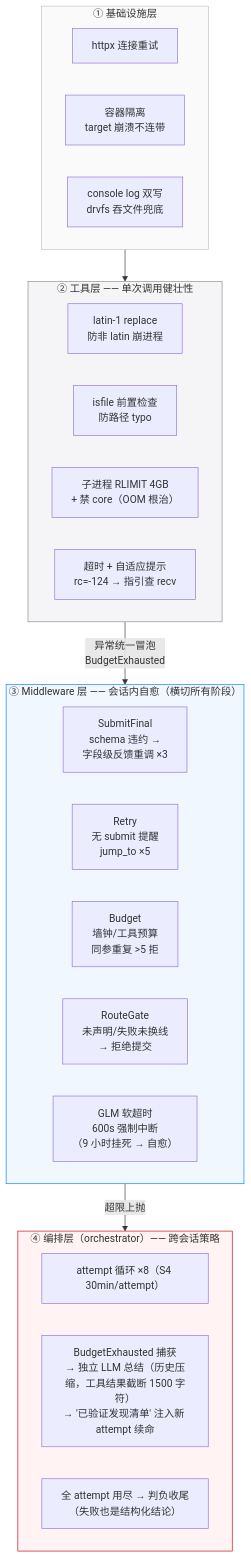
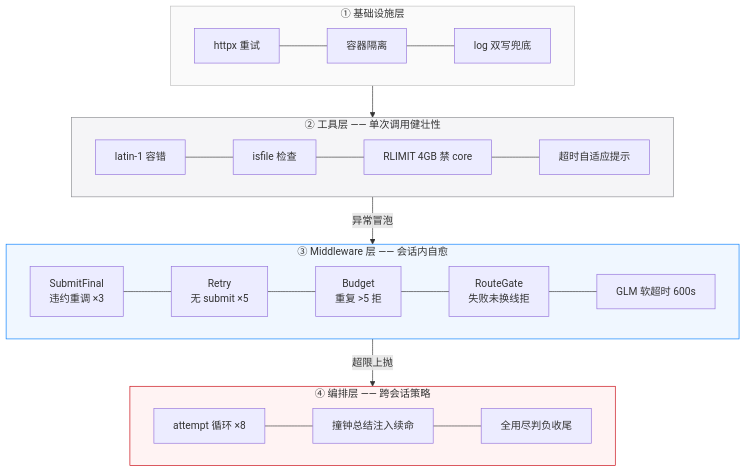
Before and after one commit to wodn2011/leanagent: the second of 2 diagrams in README.md, drawn with Mermaid.

Commit message:
README: harness 图每层措施横排一行、文案精简（同编排图风格）

````diff
--- a/README.md
+++ b/README.md
@@ -29,41 +29,46 @@
 ```mermaid
 flowchart TB
-    subgraph L4["④ 编排层（orchestrator）—— 跨会话策略"]
-        A1["attempt 循环 ×8（S4 30min/attempt）"]
-        A2["BudgetExhausted 捕获<br/>→ 独立 LLM 总结（历史压缩，工具结果截断 1500 字符）<br/>→ '已验证发现清单' 注入新 attempt 续命"]
-        A3["全 attempt 用尽 → 判负收尾（失败也是结构化结论）"]
+    subgraph L4["④ 编排层 —— 跨会话策略"]
+        direction LR
+        A1["attempt 循环 ×8"]
+        A2["撞钟总结注入续命"]
+        A3["全用尽判负收尾"]
+        A1 --- A2 --- A3
     end
 
-    subgraph MW["③ Middleware 层 —— 会话内自愈（横切所有阶段）"]
+    subgraph MW["③ Middleware 层 —— 会话内自愈"]
         direction LR
-        M1["SubmitFinal<br/>schema 违约 →<br/>字段级反馈重调 ×3"]
-        M2["Retry<br/>无 submit 提醒<br/>jump_to ×5"]
-        M3["Budget<br/>墙钟/工具预算<br/>同参重复 >5 拒"]
-        M4["RouteGate<br/>未声明/失败未换线<br/>→ 拒绝提交"]
-        M5["GLM 软超时<br/>600s 强制中断<br/>（9 小时挂死 → 自愈）"]
+        M1["SubmitFinal<br/>违约重调 ×3"]
+        M2["Retry<br/>无 submit ×5"]
+        M3["Budget<br/>重复 >5 拒"]
+        M4["RouteGate<br/>失败未换线拒"]
+        M5["GLM 软超时 600s"]
+        M1 --- M2 --- M3 --- M4 --- M5
     end
 
     subgraph TL["② 工具层 —— 单次调用健壮性"]
         direction LR
-        T1["latin-1 replace<br/>防非 latin 崩进程"]
-        T2["isfile 前置检查<br/>防路径 typo"]
-        T3["子进程 RLIMIT 4GB<br/>+ 禁 core（OOM 根治）"]
-        T4["超时 + 自适应提示<br/>rc=-124 → 指引查 recv"]
+        T1["latin-1 容错"]
+        T2["isfile 检查"]
+        T3["RLIMIT 4GB 禁 core"]
+        T4["超时自适应提示"]
+        T1 --- T2 --- T3 --- T4
     end
 
     subgraph IL["① 基础设施层"]
         direction LR
-        I1["httpx 连接重试"]
-        I2["容器隔离<br/>target 崩溃不连带"]
-        I3["console log 双写<br/>drvfs 吞文件兜底"]
+        I1["httpx 重试"]
+        I2["容器隔离"]
+        I3["log 双写兜底"]
+        I1 --- I2 --- I3
     end
 
-    TL -->|"异常统一冒泡<br/>BudgetExhausted"| MW
+    TL -->|"异常冒泡"| MW
     MW -->|"超限上抛"| L4
     IL --> TL
 
     style L4 fill:#fff3f3,stroke:#c7000b
     style MW fill:#f0f7ff,stroke:#007dff
     style TL fill:#f5f5f7,stroke:#8a8b90
     style IL fill:#fafafa,stroke:#c0c0c0
 ```
````
